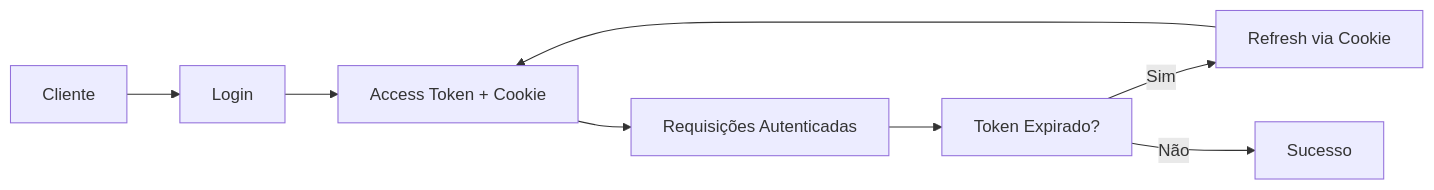
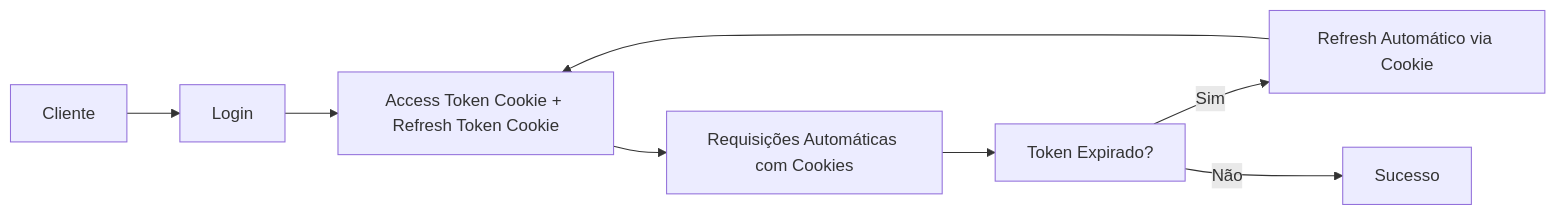
Before and after one commit to Joabsonlg/sigac-api: the diagram in INTEGRATION_GUIDE.md, drawn with Mermaid. The commit also changed other lines of this file and 31 other files, not shown here.

````diff
--- a/INTEGRATION_GUIDE.md
+++ b/INTEGRATION_GUIDE.md
@@ -26,10 +45,10 @@
 ```mermaid
 graph LR
     A[Cliente] --> B[Login]
-    B --> C[Access Token + Cookie]
-    C --> D[Requisições Autenticadas]
+    B --> C[Access Token Cookie + Refresh Token Cookie]
+    C --> D[Requisições Automáticas com Cookies]
     D --> E[Token Expirado?]
-    E -->|Sim| F[Refresh via Cookie]
+    E -->|Sim| F[Refresh Automático via Cookie]
     E -->|Não| G[Sucesso]
     F --> C
 ```
````
